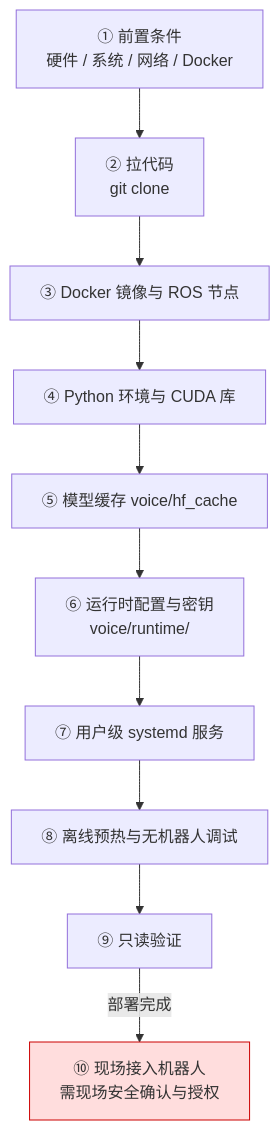
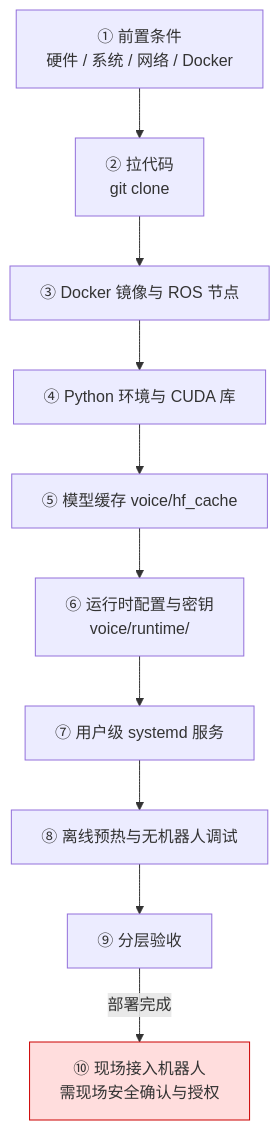
The second of 2 diagrams in DEPLOY_GUIDE.md (firmiana114/RobotABrainOnline), drawn with Mermaid before and after one commit. The commit also changed other lines of this file and 2 other files, not shown here.

````diff
--- a/DEPLOY_GUIDE.md
+++ b/DEPLOY_GUIDE.md
@@ -77,13 +91,13 @@
 ```mermaid
 flowchart TD
     S1["① 前置条件<br/>硬件 / 系统 / 网络 / Docker"] --> S2["② 拉代码<br/>git clone"]
     S2 --> S3["③ Docker 镜像与 ROS 节点"]
     S3 --> S4["④ Python 环境与 CUDA 库"]
     S4 --> S5["⑤ 模型缓存 voice/hf_cache"]
     S5 --> S6["⑥ 运行时配置与密钥<br/>voice/runtime/"]
     S6 --> S7["⑦ 用户级 systemd 服务"]
     S7 --> S8["⑧ 离线预热与无机器人调试"]
-    S8 --> S9["⑨ 只读验证"]
+    S8 --> S9["⑨ 分层验收"]
     S9 -->|部署完成| S10["⑩ 现场接入机器人<br/>需现场安全确认与授权"]
     style S10 fill:#fdd,stroke:#c00
 ```
````
